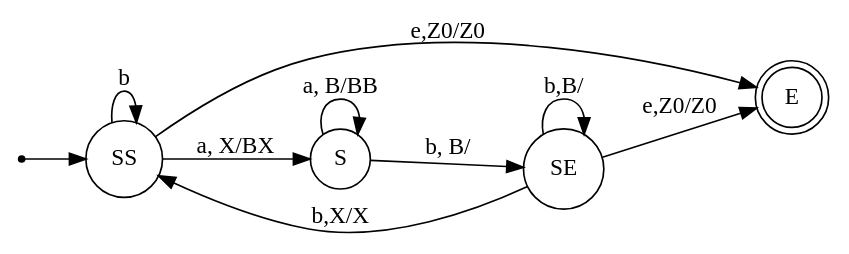
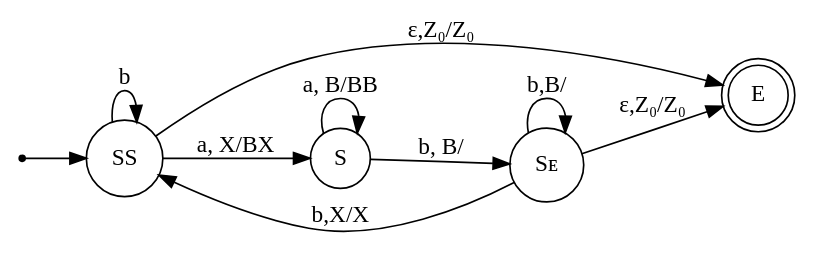
The third of 4 diagrams in Практика/Разбор задач/PDA и отображение Шютценберже.md (HumsterProgrammer/iu9-tfl-practice), drawn with Graphviz before and after one commit. The commit also changed other lines of this file, not shown here.

````diff
--- a/Практика/Разбор задач/PDA и отображение Шютценберже.md
+++ b/Практика/Разбор задач/PDA и отображение Шютценберже.md
@@ -53,17 +53,17 @@
 ```dot
 digraph{
 	rankdir=LR
 	node [shape=circle]
 	E [shape=doublecircle]
 	point [shape=point]
 	point -> SS
 	SS -> SS [label="b"]
 	SS -> S [label="a, X/BX"]
 	S -> S [label="a, B/BB"]
-	S -> SE [label="b, B/\n"]
-	SE -> SE [label="b,B/\n"]
-	SE -> SS [label="b,X/X"]
-	SE -> E [label="e,Z0/Z0"]
-	SS -> E [label="e,Z0/Z0"]
+	S -> Sᴇ [label="b, B/\n"]
+	Sᴇ -> Sᴇ [label="b,B/\n"]
+	Sᴇ -> SS [label="b,X/X"]
+	Sᴇ -> E [label="ε,Z₀/Z₀"]
+	SS -> E [label="ε,Z₀/Z₀"]
 	}
 ```
````
